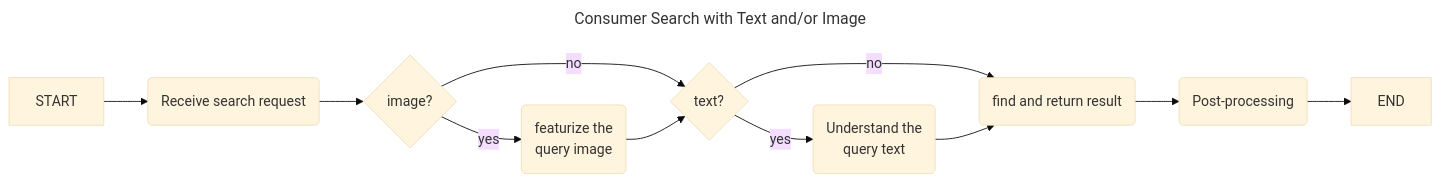
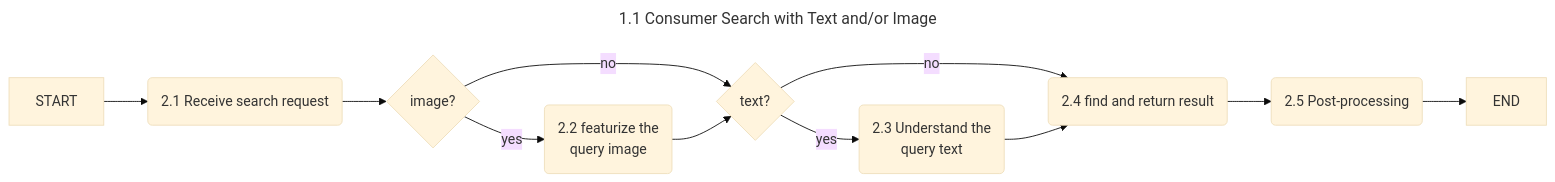
The diagram in 1_1_Multi-Search_text_and_image.md (zchangvs/diagram), drawn with Mermaid (base theme) before and after one commit.

Commit message:
Update 1_1_Multi-Search_text_and_image.md
Add numbering for reference to 2nd level diagrams

````diff
--- a/1_1_Multi-Search_text_and_image.md
+++ b/1_1_Multi-Search_text_and_image.md
@@ -1,21 +1,21 @@
 ```mermaid
 ---
-title: Consumer Search with Text and/or Image
+title: 1.1 Consumer Search with Text and/or Image
 ---
 flowchart LR
-    ST[START]--> RSR(Receive search request)
+    ST[START]--> RSR(2.1 Receive search request)
     RSR --> IQ{image?}
-    IQ--> |yes| FI(featurize the<br>query image)
+    IQ--> |yes| FI(2.2 featurize the<br>query image)
     IQ --> |no| TQ{text?}
     FI --> TQ 
-    TQ --> |yes| D1(Understand the<br>query text)
-    TQ --> |no| E1(find and return result)
+    TQ --> |yes| D1(2.3 Understand the<br>query text)
+    TQ --> |no| E1(2.4 find and return result)
     D1 --> E1
 %%    D1 --> E1(search for<br>candidates)
 %%    E1 --> E2(Rerank & filter logic)
-    E1 --> F(Post-processing)
+    E1 --> F(2.5 Post-processing)
 %%    F --> G(update statistics)
     F --> END[END] 
 
 
 ```
````
